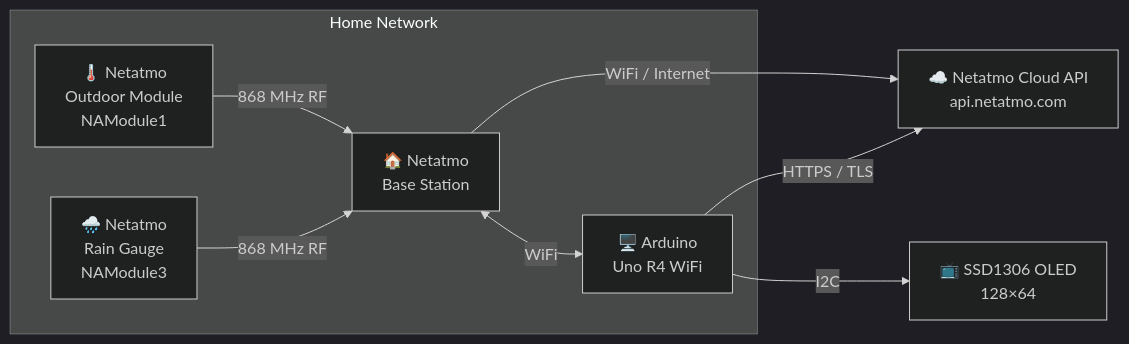
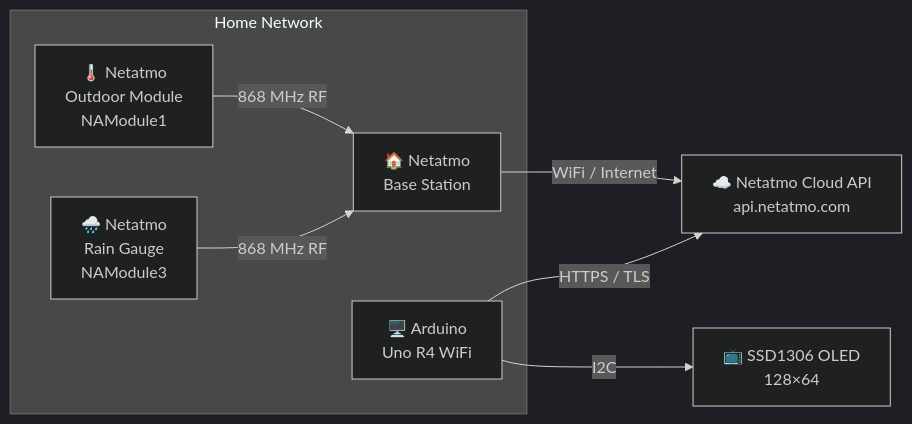
One commit to vcchstrandberg/netatmo-weather-api changed the first of 7 diagrams in README.md. Above: the diagram before and after it, drawn with Mermaid (dark theme). The commit also changed other lines of this file, not shown here.

First line of the commit message:
Fix architecture diagram: Arduino connects to cloud, not base station

````diff
--- a/README.md
+++ b/README.md
@@ -11,19 +11,18 @@
 ```mermaid
 flowchart LR
     subgraph home[Home Network]
         outdoor[🌡️ Netatmo\nOutdoor Module\nNAModule1]
         rain[🌧️ Netatmo\nRain Gauge\nNAModule3]
         base[🏠 Netatmo\nBase Station]
         arduino[🖥️ Arduino\nUno R4 WiFi]
         outdoor -->|868 MHz RF| base
         rain -->|868 MHz RF| base
-        base <-->|WiFi| arduino
     end
 
     cloud[☁️ Netatmo Cloud API\napi.netatmo.com]
     oled[📺 SSD1306 OLED\n128×64]
 
     base -->|WiFi / Internet| cloud
     arduino -->|HTTPS / TLS| cloud
     arduino -->|I2C| oled
 ```
````
